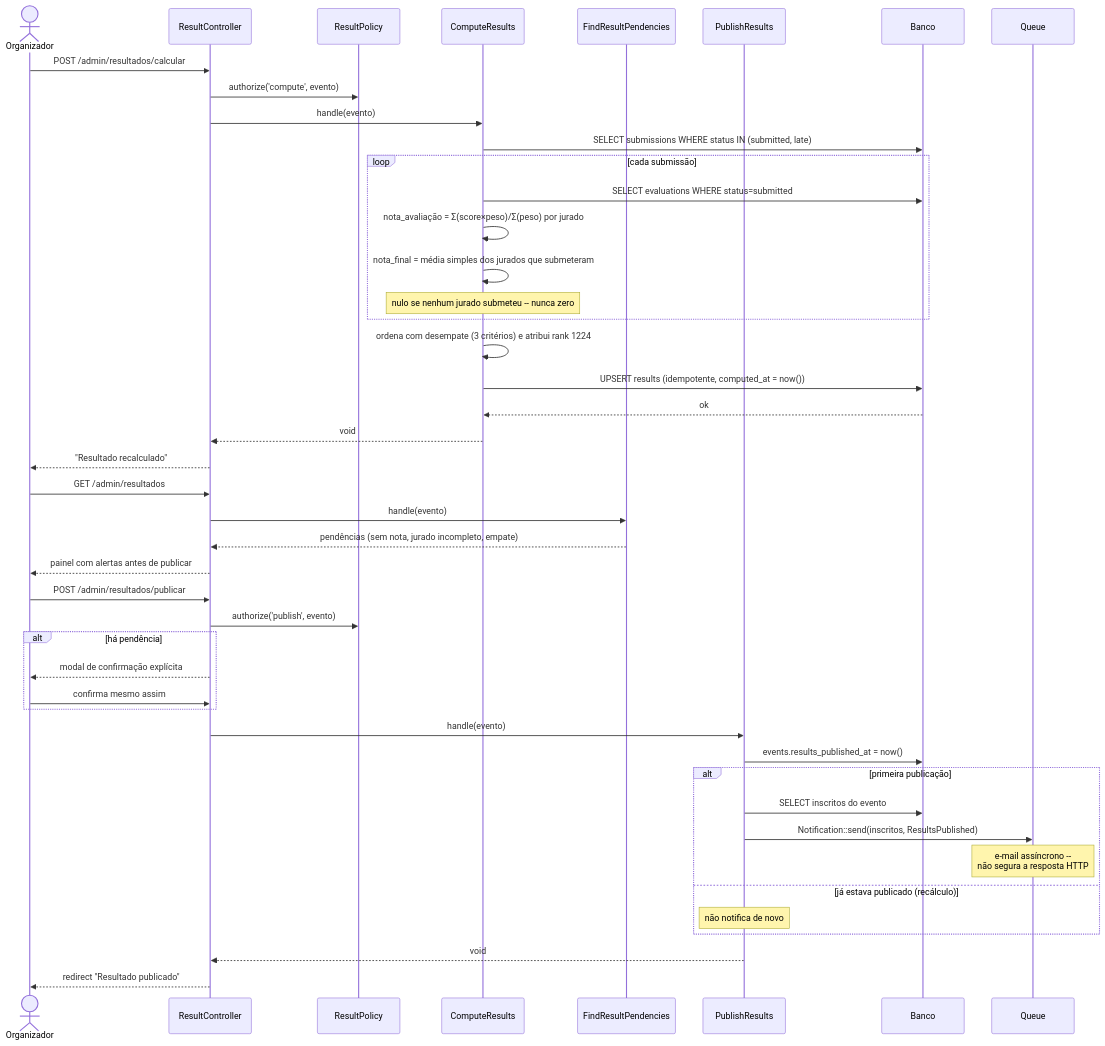
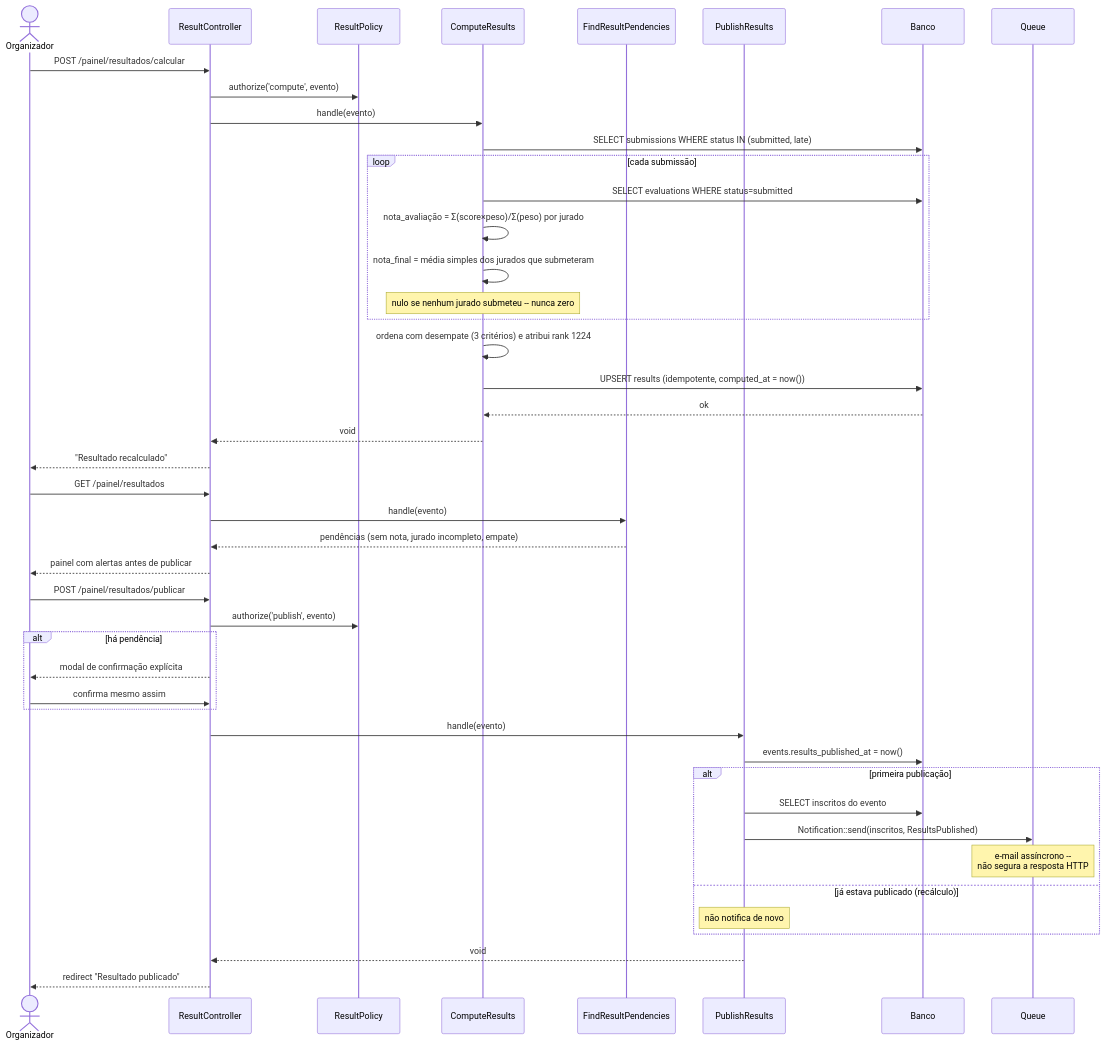
One commit to joaopedroplinta/hackathon-ifpr changed the ninth of 9 diagrams in docs/diagramas.md. Above: the diagram before and after it, drawn with Mermaid. The commit also changed 50 other files, not shown here.

````diff
--- a/docs/diagramas.md
+++ b/docs/diagramas.md
@@ -848,50 +848,50 @@
 ```mermaid
 sequenceDiagram
     actor O as Organizador
     participant C as ResultController
     participant Pol as ResultPolicy
     participant Comp as ComputeResults
     participant Find as FindResultPendencies
     participant Pub as PublishResults
     participant DB as Banco
     participant Fila as Queue
 
-    O->>C: POST /admin/resultados/calcular
+    O->>C: POST /painel/resultados/calcular
     C->>Pol: authorize('compute', evento)
     C->>Comp: handle(evento)
     Comp->>DB: SELECT submissions WHERE status IN (submitted, late)
     loop cada submissão
         Comp->>DB: SELECT evaluations WHERE status=submitted
         Comp->>Comp: nota_avaliação = Σ(score×peso)/Σ(peso) por jurado
         Comp->>Comp: nota_final = média simples dos jurados que submeteram
         Note over Comp: nulo se nenhum jurado submeteu -- nunca zero
     end
     Comp->>Comp: ordena com desempate (3 critérios) e atribui rank 1224
     Comp->>DB: UPSERT results (idempotente, computed_at = now())
     DB-->>Comp: ok
     Comp-->>C: void
     C-->>O: "Resultado recalculado"
 
-    O->>C: GET /admin/resultados
+    O->>C: GET /painel/resultados
     C->>Find: handle(evento)
     Find-->>C: pendências (sem nota, jurado incompleto, empate)
     C-->>O: painel com alertas antes de publicar
 
-    O->>C: POST /admin/resultados/publicar
+    O->>C: POST /painel/resultados/publicar
     C->>Pol: authorize('publish', evento)
     alt há pendência
         C-->>O: modal de confirmação explícita
         O->>C: confirma mesmo assim
     end
     C->>Pub: handle(evento)
     Pub->>DB: events.results_published_at = now()
     alt primeira publicação
         Pub->>DB: SELECT inscritos do evento
         Pub->>Fila: Notification::send(inscritos, ResultsPublished)
         Note over Fila: e-mail assíncrono --<br/>não segura a resposta HTTP
     else já estava publicado (recálculo)
         Note over Pub: não notifica de novo
     end
     Pub-->>C: void
     C-->>O: redirect "Resultado publicado"
 ```
````
